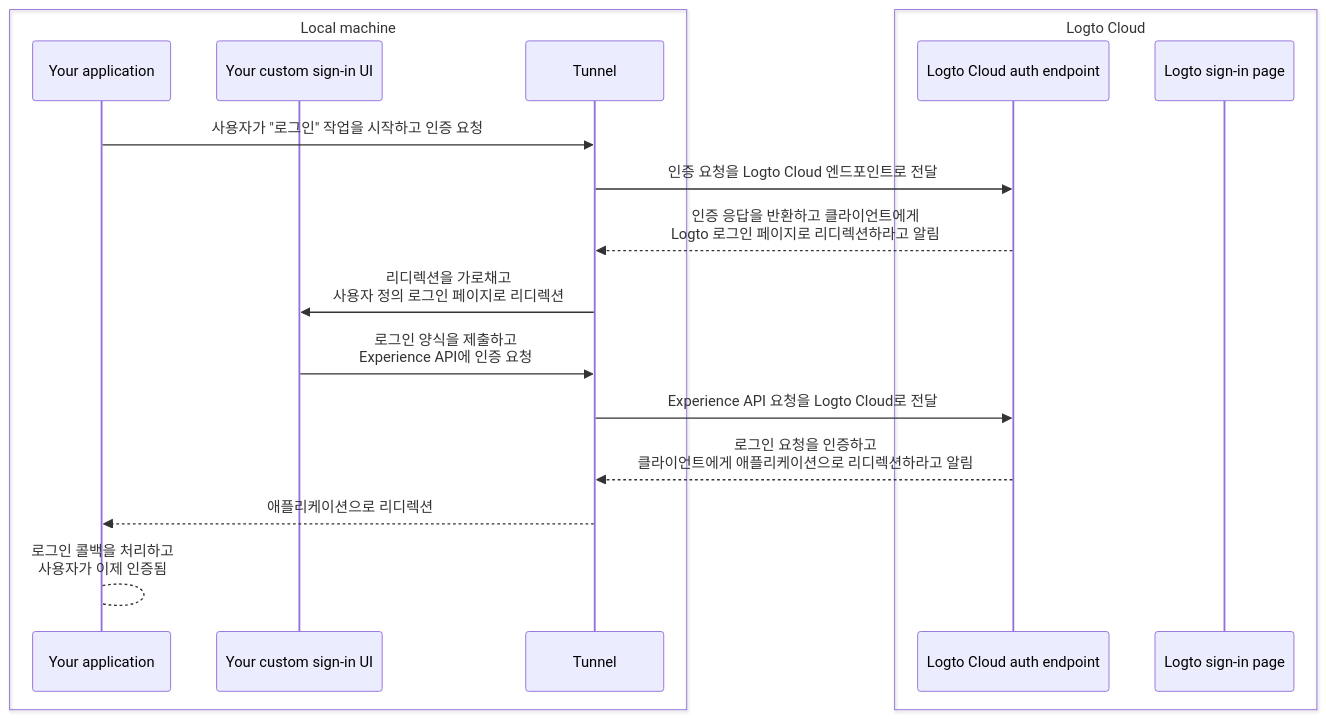
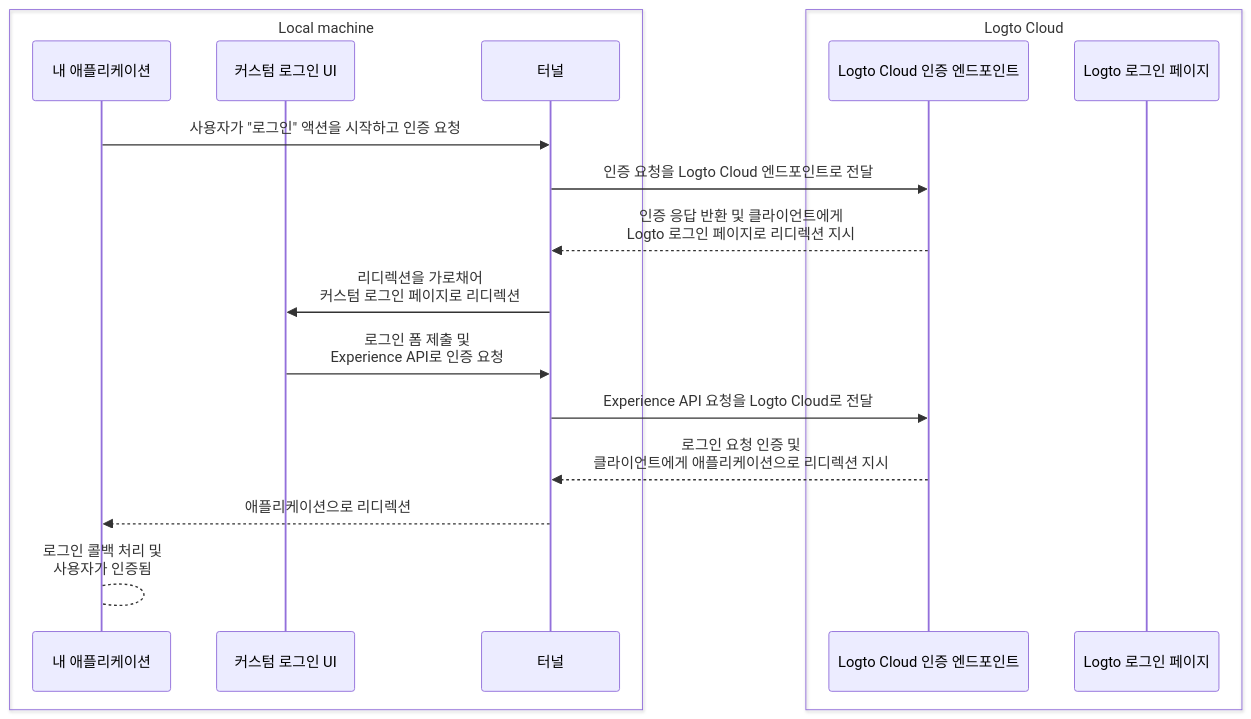
The second of 2 diagrams in i18n/ko/docusaurus-plugin-content-docs/current/customization/bring-your-ui/debug-and-test-your-custom-ui-locally.mdx (logto-io/docs), drawn with Mermaid before and after one commit. The commit also changed other lines of this file and 666 other files, not shown here.

````diff
--- a/i18n/ko/docusaurus-plugin-content-docs/current/customization/bring-your-ui/debug-and-test-your-custom-ui-locally.mdx
+++ b/i18n/ko/docusaurus-plugin-content-docs/current/customization/bring-your-ui/debug-and-test-your-custom-ui-locally.mdx
@@ -44,21 +45,21 @@
 ```mermaid
 sequenceDiagram
     box Local machine
-    participant A as Your application
-    participant B as Your custom sign-in UI
-    participant C as Tunnel
+    participant A as 내 애플리케이션
+    participant B as 커스텀 로그인 UI
+    participant C as 터널
     end
     box Logto Cloud
-    participant D as Logto Cloud auth endpoint
-    participant E as Logto sign-in page
+    participant D as Logto Cloud 인증 엔드포인트
+    participant E as Logto 로그인 페이지
     end
-    A ->> C: 사용자가 "로그인" 작업을 시작하고 인증 요청
+    A ->> C: 사용자가 "로그인" 액션을 시작하고 인증 요청
     C ->> D: 인증 요청을 Logto Cloud 엔드포인트로 전달
-    D -->> C: 인증 응답을 반환하고 클라이언트에게<br/>Logto 로그인 페이지로 리디렉션하라고 알림
-    C ->> B: 리디렉션을 가로채고<br/>사용자 정의 로그인 페이지로 리디렉션
-    B ->> C: 로그인 양식을 제출하고<br/>Experience API에 인증 요청
+    D -->> C: 인증 응답 반환 및 클라이언트에게<br/>Logto 로그인 페이지로 리디렉션 지시
+    C ->> B: 리디렉션을 가로채어<br/>커스텀 로그인 페이지로 리디렉션
+    B ->> C: 로그인 폼 제출 및<br/>Experience API로 인증 요청
     C ->> D: Experience API 요청을 Logto Cloud로 전달
-    D -->> C: 로그인 요청을 인증하고<br/>클라이언트에게 애플리케이션으로 리디렉션하라고 알림
+    D -->> C: 로그인 요청 인증 및<br/>클라이언트에게 애플리케이션으로 리디렉션 지시
     C -->> A: 애플리케이션으로 리디렉션
-    A --> A: 로그인 콜백을 처리하고<br/>사용자가 이제 인증됨
+    A --> A: 로그인 콜백 처리 및<br/>사용자가 인증됨
 ```
````
